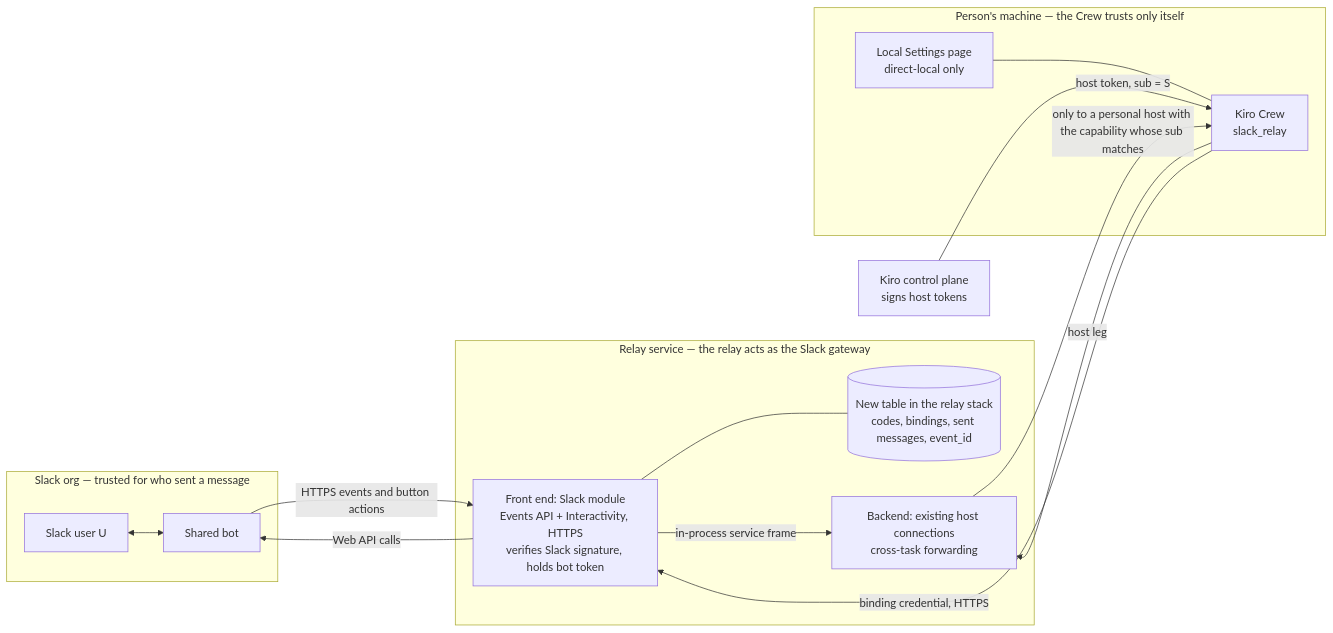
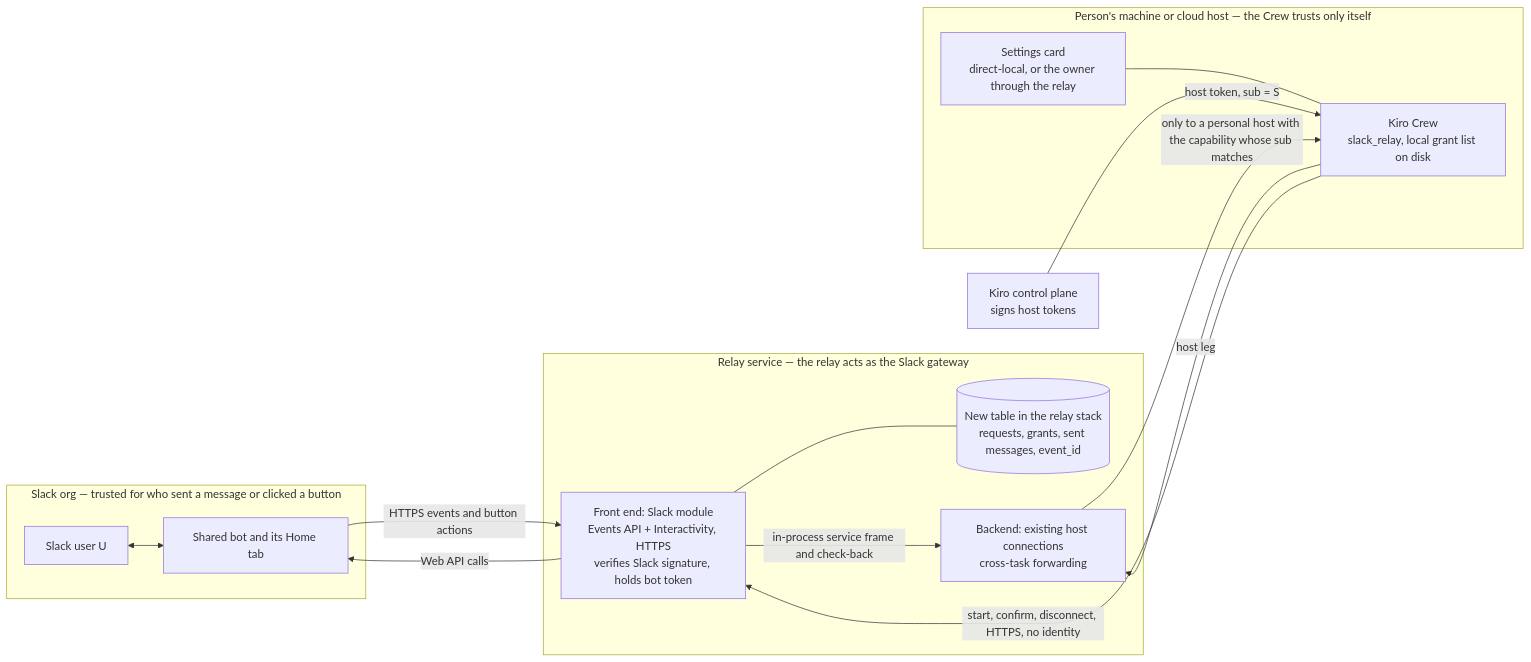
One commit to kirodotdev/KiroCrew changed the first of 4 diagrams in docs/request-for-change/rfc-slack-unified-app-relay.md. Above: the diagram before and after it, drawn with Mermaid. The commit also changed other lines of this file and 1 other file, not shown here.

First line of the commit message:
docs(rfc): amend shared Slack app RFC to Slack-ID requests and time-limited grants

````diff
--- a/docs/request-for-change/rfc-slack-unified-app-relay.md
+++ b/docs/request-for-change/rfc-slack-unified-app-relay.md
@@ -77,27 +98,27 @@
 ```mermaid
 flowchart LR
-    subgraph SL[Slack org — trusted for who sent a message]
+    subgraph SL[Slack org — trusted for who sent a message or clicked a button]
       U[Slack user U]
-      B[Shared bot]
+      B[Shared bot and its Home tab]
     end
     subgraph RS[Relay service — the relay acts as the Slack gateway]
       F[Front end: Slack module<br/>Events API + Interactivity, HTTPS<br/>verifies Slack signature, holds bot token]
-      T[(New table in the relay stack<br/>codes, bindings, sent messages, event_id)]
+      T[(New table in the relay stack<br/>requests, grants, sent messages, event_id)]
       X[Backend: existing host connections<br/>cross-task forwarding]
     end
-    subgraph PC[Person's machine — the Crew trusts only itself]
-      C[Kiro Crew<br/>slack_relay]
-      S[Local Settings page<br/>direct-local only]
+    subgraph PC[Person's machine or cloud host — the Crew trusts only itself]
+      C[Kiro Crew<br/>slack_relay, local grant list on disk]
+      S[Settings card<br/>direct-local, or the owner through the relay]
     end
     K[Kiro control plane<br/>signs host tokens]
     U <--> B
     B -- HTTPS events and button actions --> F
     F -- Web API calls --> B
     F --- T
-    F -- in-process service frame --> X
+    F -- in-process service frame and check-back --> X
     X -- only to a personal host with the capability whose sub matches --> C
-    C -- binding credential, HTTPS --> F
+    C -- start, confirm, disconnect, HTTPS, no identity --> F
     K -- host token, sub = S --> C
     C -- host leg --> X
     S --- C
 ```
````
